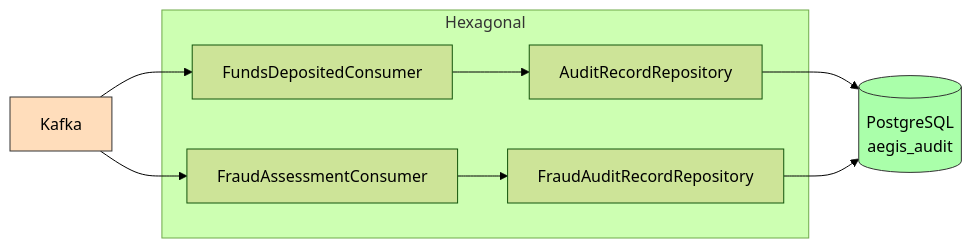
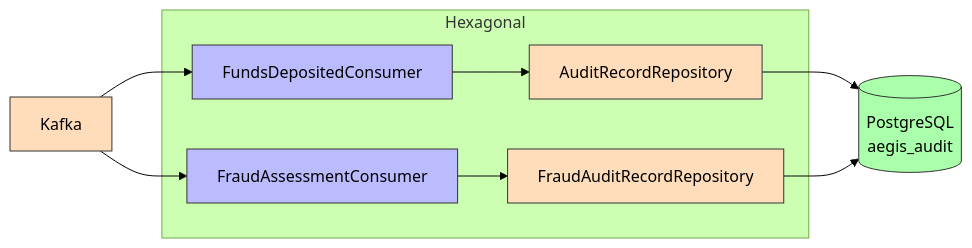
Before and after one commit to AlexAlvarezGallardo-GitHub/Aegis: the first of 2 diagrams in docs/obsidian/01 - Services/Audit Service.md, drawn with Mermaid (forest theme). The commit also changed other lines of this file and 87 other files, not shown here.

````diff
--- a/docs/obsidian/01 - Services/Audit Service.md
+++ b/docs/obsidian/01 - Services/Audit Service.md
@@ -15,17 +15,21 @@
 ```mermaid
 graph LR
     subgraph Hexagonal["Hexagonal"]
         Consumer1["FundsDepositedConsumer"]
         Consumer2["FraudAssessmentConsumer"]
         Repo1["AuditRecordRepository"]
         Repo2["FraudAuditRecordRepository"]
         Consumer1 --> Repo1
         Consumer2 --> Repo2
     end
     Kafka["Kafka"] --> Consumer1
     Kafka --> Consumer2
     Repo1 --> DB[("PostgreSQL<br/>aegis_audit")]
     Repo2 --> DB
+    style Consumer1 fill:#bbf,stroke:#333,color:#000
+    style Consumer2 fill:#bbf,stroke:#333,color:#000
+    style Repo1 fill:#fdb,stroke:#333,color:#000
+    style Repo2 fill:#fdb,stroke:#333,color:#000
     style Kafka fill:#fdb,stroke:#333,color:#000
     style DB fill:#afa,stroke:#333,color:#000
 ```
````
